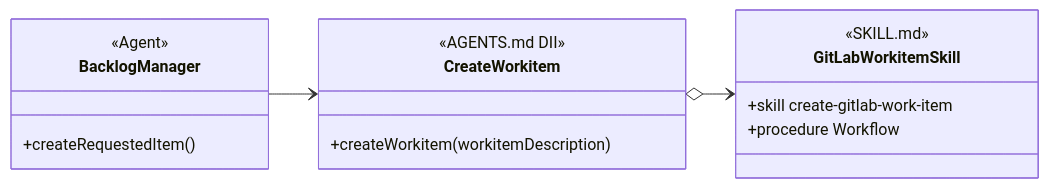
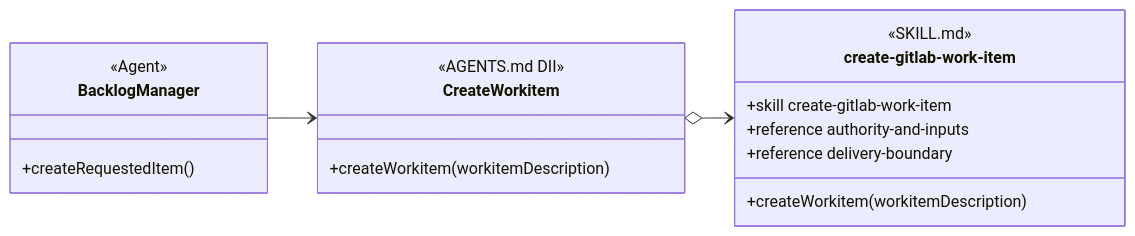
One commit to martinbechard/dev-methodology changed the sixth of 11 diagrams in design/object-oriented-agent-and-skill-model.md. Above: the diagram before and after it, drawn with Mermaid. The commit also changed other lines of this file and 2 other files, not shown here.

Commit message:
Refine skill anatomy modeling

````diff
--- a/design/object-oriented-agent-and-skill-model.md
+++ b/design/object-oriented-agent-and-skill-model.md
@@ -328,24 +402,26 @@
 ```mermaid
 classDiagram
     direction LR
 
     class BacklogManager {
         <<Agent>>
         +createRequestedItem()
     }
 
     class CreateWorkitem {
         <<AGENTS.md DII>>
         +createWorkitem(workitemDescription)
     }
 
-    class GitLabWorkitemSkill {
+    class create-gitlab-work-item {
         <<SKILL.md>>
         <<Injectable Skill>>
         +skill create-gitlab-work-item
-        +procedure Workflow
+        +createWorkitem(workitemDescription)
+        +reference authority-and-inputs
+        +reference delivery-boundary
     }
 
     BacklogManager --> CreateWorkitem
-    CreateWorkitem o--> GitLabWorkitemSkill
+    CreateWorkitem o--> create-gitlab-work-item
 ```
````
